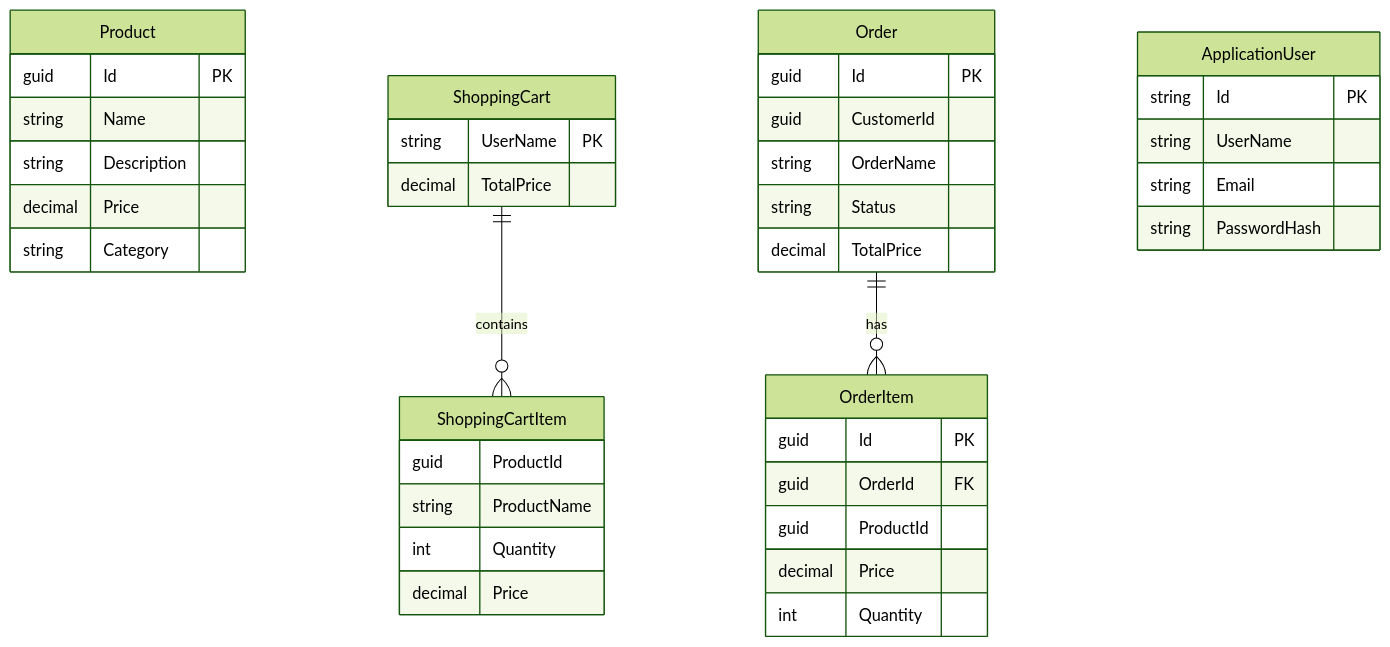
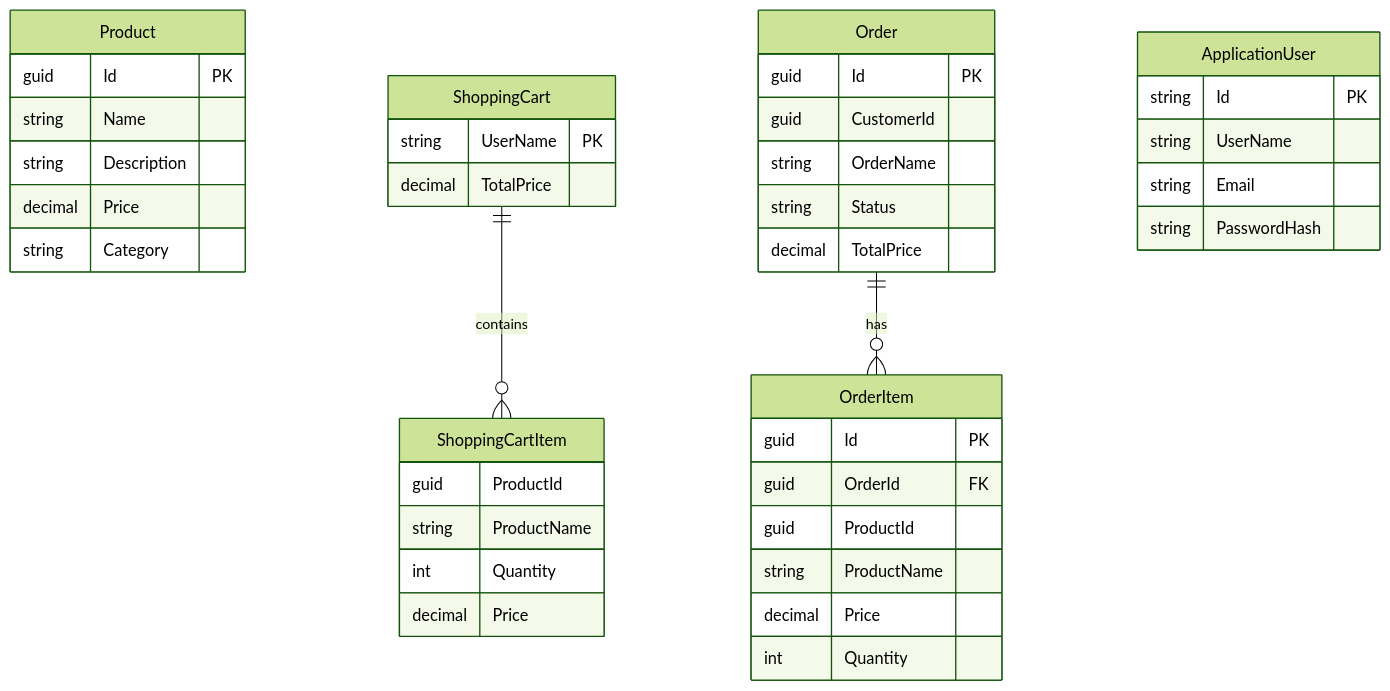
The second of 9 diagrams in PROJECT_ARCHITECTURE.md (AhmedAbdo1612/ECommerce-DDD-Microservices), drawn with Mermaid (forest theme) before and after one commit. The commit also changed other lines of this file and 18 other files, not shown here.

````diff
--- a/PROJECT_ARCHITECTURE.md
+++ b/PROJECT_ARCHITECTURE.md
@@ -77,49 +80,50 @@
 ```mermaid
 erDiagram
     %% Catalog Service
     Product {
         guid Id PK
         string Name
         string Description
         decimal Price
         string Category
     }
     
     %% Basket Service
     ShoppingCart {
         string UserName PK
         decimal TotalPrice
     }
     ShoppingCartItem {
         guid ProductId
         string ProductName
         int Quantity
         decimal Price
     }
     ShoppingCart ||--o{ ShoppingCartItem : contains
     
     %% Ordering Service
     Order {
         guid Id PK
         guid CustomerId
         string OrderName
         string Status
         decimal TotalPrice
     }
     OrderItem {
         guid Id PK
         guid OrderId FK
         guid ProductId
+        string ProductName
         decimal Price
         int Quantity
     }
     Order ||--o{ OrderItem : has
     
     %% Identity Service
     ApplicationUser {
         string Id PK
         string UserName
         string Email
         string PasswordHash
     }
 ```
````
